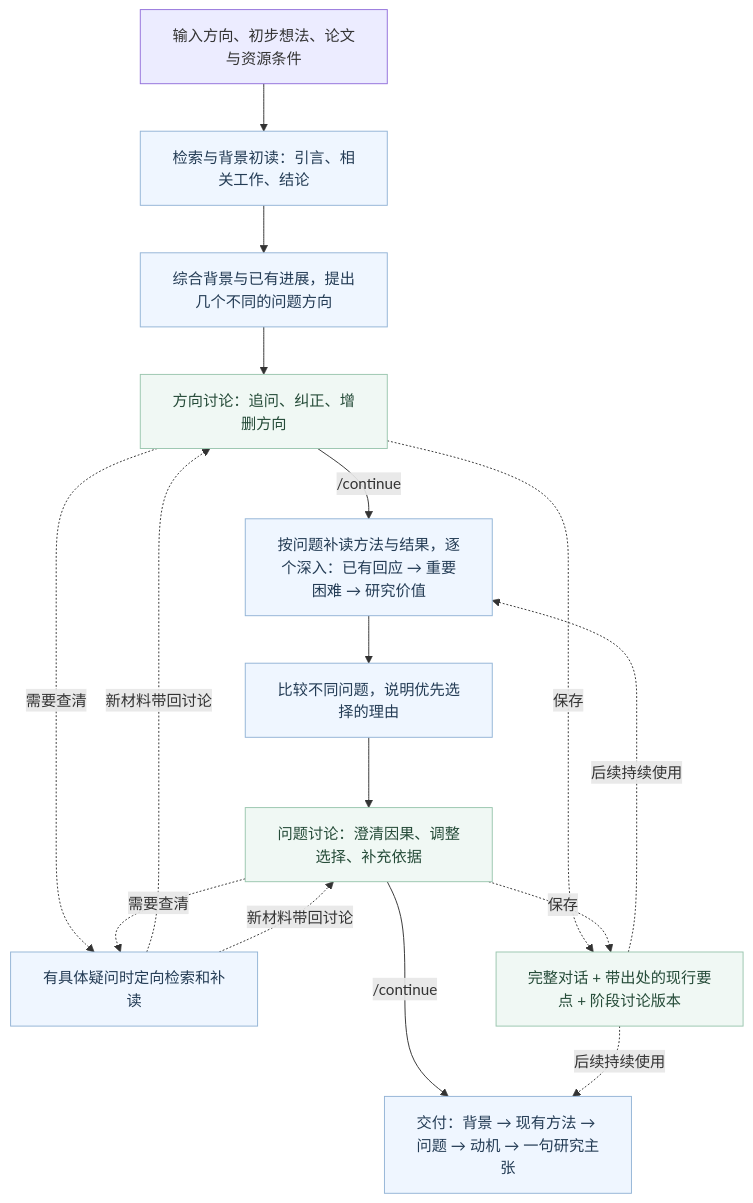
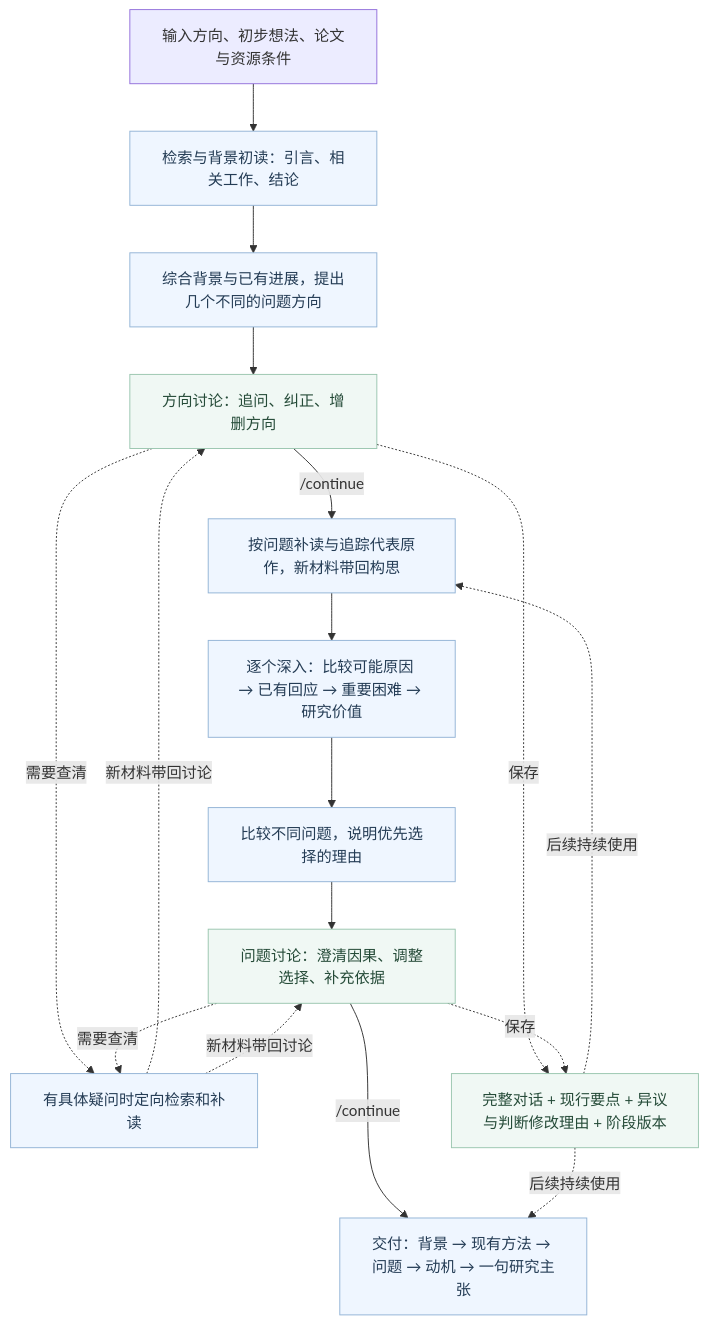
One commit to ghh1125/Research-idea changed the diagram in README.md. Above: the diagram before and after it, drawn with Mermaid. The commit also changed other lines of this file and 31 other files, not shown here.

````diff
--- a/README.md
+++ b/README.md
@@ -27,29 +27,30 @@
 ```mermaid
 flowchart TD
     U["输入方向、初步想法、论文与资源条件"]
     A["检索与背景初读：引言、相关工作、结论"]
     B["综合背景与已有进展，提出几个不同的问题方向"]
     D["方向讨论：追问、纠正、增删方向"]
-    C["按问题补读方法与结果，逐个深入：已有回应 → 重要困难 → 研究价值"]
+    C["按问题补读与追踪代表原作，新材料带回构思"]
+    X["逐个深入：比较可能原因 → 已有回应 → 重要困难 → 研究价值"]
     E["比较不同问题，说明优先选择的理由"]
     P["问题讨论：澄清因果、调整选择、补充依据"]
     R["有具体疑问时定向检索和补读"]
     O["交付：背景 → 现有方法 → 问题 → 动机 → 一句研究主张"]
-    M["完整对话 + 带出处的现行要点 + 阶段讨论版本"]
+    M["完整对话 + 现行要点 + 异议与判断修改理由 + 阶段版本"]
     U --> A --> B --> D
     D -->|/continue| C
-    C --> E --> P
+    C --> X --> E --> P
     P -->|/continue| O
     D -.需要查清.-> R
     P -.需要查清.-> R
     R -.新材料带回讨论.-> D
     R -.新材料带回讨论.-> P
     D -.保存.-> M
     P -.保存.-> M
     M -.后续持续使用.-> C
     M -.后续持续使用.-> O
     classDef work fill:#eff6ff,stroke:#93b4d6,color:#243c55
     classDef discuss fill:#f0f8f4,stroke:#9ac6af,color:#254b38
-    class A,B,C,E,R,O work
+    class A,B,C,X,E,R,O work
     class D,P,M discuss
 ```
````
